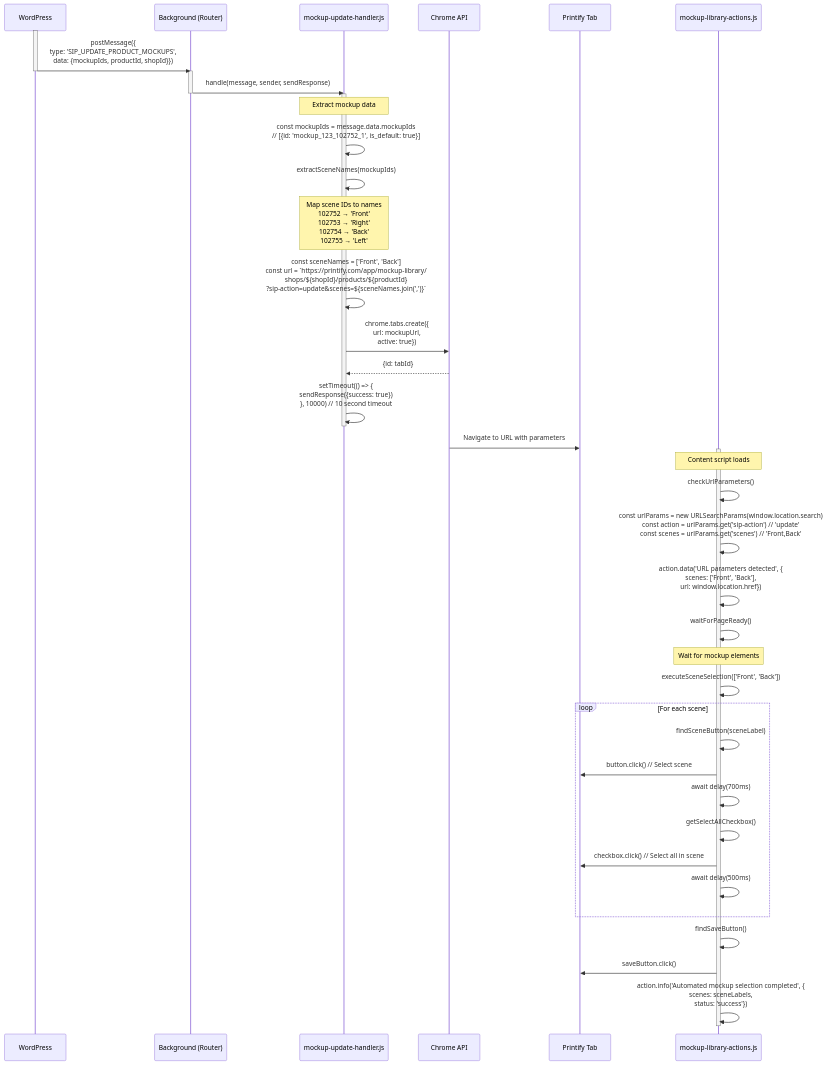
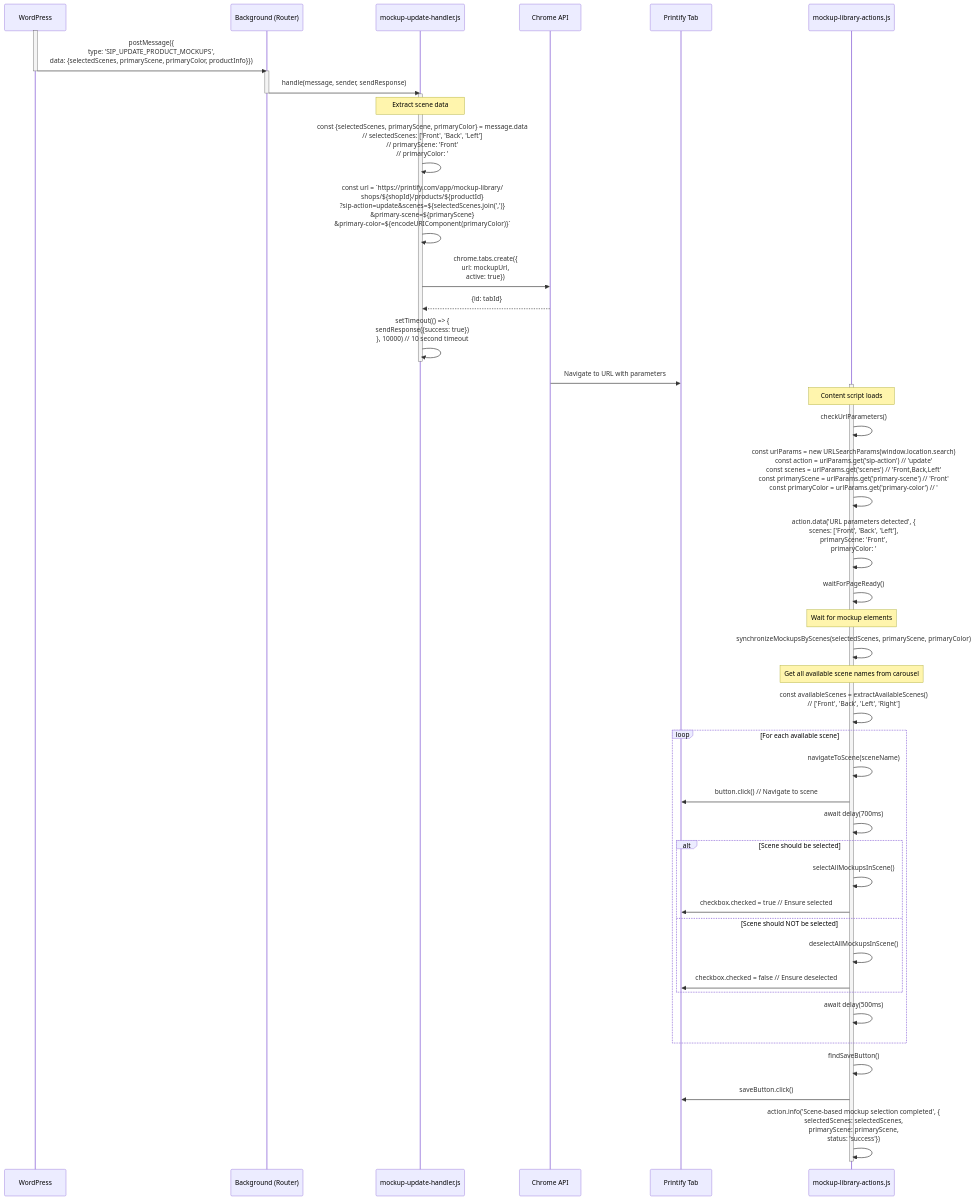
The tenth of 14 diagrams in guidelines/sip-printify-manager-extension-widget-v3.md (tdemelle-SiP/.claude), drawn with Mermaid before and after one commit. The commit also changed other lines of this file and 1 other file, not shown here.

````diff
--- a/guidelines/sip-printify-manager-extension-widget-v3.md
+++ b/guidelines/sip-printify-manager-extension-widget-v3.md
@@ -1295,60 +1295,66 @@
 ```mermaid
 sequenceDiagram
     participant WP as WordPress
     participant BG as Background (Router)
     participant MUH as mockup-update-handler.js
     participant Chrome as Chrome API
     participant PT as Printify Tab
     participant CS as mockup-library-actions.js
     
     activate WP
-    WP->>BG: postMessage({<br/>type: 'SIP_UPDATE_PRODUCT_MOCKUPS',<br/>data: {mockupIds, productId, shopId}})
+    WP->>BG: postMessage({<br/>type: 'SIP_UPDATE_PRODUCT_MOCKUPS',<br/>data: {selectedScenes, primaryScene, primaryColor, productInfo}})
     deactivate WP
     
     activate BG
     BG->>MUH: handle(message, sender, sendResponse)
     deactivate BG
     
     activate MUH
-    Note over MUH: Extract mockup data
-    MUH->>MUH: const mockupIds = message.data.mockupIds<br/>// [{id: 'mockup_123_102752_1', is_default: true}]
+    Note over MUH: Extract scene data
+    MUH->>MUH: const {selectedScenes, primaryScene, primaryColor} = message.data<br/>// selectedScenes: ['Front', 'Back', 'Left']<br/>// primaryScene: 'Front'<br/>// primaryColor: '#FF0000'
     
-    MUH->>MUH: extractSceneNames(mockupIds)
-    Note over MUH: Map scene IDs to names<br/>102752 → 'Front'<br/>102753 → 'Right'<br/>102754 → 'Back'<br/>102755 → 'Left'
-    
-    MUH->>MUH: const sceneNames = ['Front', 'Back']<br/>const url = `https://printify.com/app/mockup-library/<br/>shops/${shopId}/products/${productId}<br/>?sip-action=update&scenes=${sceneNames.join(',')}`
+    MUH->>MUH: const url = `https://printify.com/app/mockup-library/<br/>shops/${shopId}/products/${productId}<br/>?sip-action=update&scenes=${selectedScenes.join(',')}<br/>&primary-scene=${primaryScene}<br/>&primary-color=${encodeURIComponent(primaryColor)}`
     
     MUH->>Chrome: chrome.tabs.create({<br/>url: mockupUrl,<br/>active: true})
     Chrome-->>MUH: {id: tabId}
     
     MUH->>MUH: setTimeout(() => {<br/>sendResponse({success: true})<br/>}, 10000) // 10 second timeout
     deactivate MUH
     
     Chrome->>PT: Navigate to URL with parameters
     
     activate CS
     Note over CS: Content script loads
     CS->>CS: checkUrlParameters()
-    CS->>CS: const urlParams = new URLSearchParams(window.location.search)<br/>const action = urlParams.get('sip-action') // 'update'<br/>const scenes = urlParams.get('scenes') // 'Front,Back'
+    CS->>CS: const urlParams = new URLSearchParams(window.location.search)<br/>const action = urlParams.get('sip-action') // 'update'<br/>const scenes = urlParams.get('scenes') // 'Front,Back,Left'<br/>const primaryScene = urlParams.get('primary-scene') // 'Front'<br/>const primaryColor = urlParams.get('primary-color') // '#FF0000'
     
-    CS->>CS: action.data('URL parameters detected', {<br/>scenes: ['Front', 'Back'],<br/>url: window.location.href})
+    CS->>CS: action.data('URL parameters detected', {<br/>scenes: ['Front', 'Back', 'Left'],<br/>primaryScene: 'Front',<br/>primaryColor: '#FF0000',<br/>url: window.location.href})
     
     CS->>CS: waitForPageReady()
     Note over CS: Wait for mockup elements
     
-    CS->>CS: executeSceneSelection(['Front', 'Back'])
+    CS->>CS: synchronizeMockupsByScenes(selectedScenes, primaryScene, primaryColor)
     
-    loop For each scene
-        CS->>CS: findSceneButton(sceneLabel)
-        CS->>PT: button.click() // Select scene
+    Note over CS: Get all available scene names from carousel
+    CS->>CS: const availableScenes = extractAvailableScenes()<br/>// ['Front', 'Back', 'Left', 'Right']
+    
+    loop For each available scene
+        CS->>CS: navigateToScene(sceneName)
+        CS->>PT: button.click() // Navigate to scene
         CS->>CS: await delay(700ms)
-        CS->>CS: getSelectAllCheckbox()
-        CS->>PT: checkbox.click() // Select all in scene
+        
+        alt Scene should be selected
+            CS->>CS: selectAllMockupsInScene()
+            CS->>PT: checkbox.checked = true // Ensure selected
+        else Scene should NOT be selected
+            CS->>CS: deselectAllMockupsInScene()
+            CS->>PT: checkbox.checked = false // Ensure deselected
+        end
         CS->>CS: await delay(500ms)
     end
     
     CS->>CS: findSaveButton()
     CS->>PT: saveButton.click()
-    CS->>CS: action.info('Automated mockup selection completed', {<br/>scenes: sceneLabels,<br/>status: 'success'})
+    CS->>CS: action.info('Scene-based mockup selection completed', {<br/>selectedScenes: selectedScenes,<br/>primaryScene: primaryScene,<br/>status: 'success'})
     deactivate CS
 ```
````
